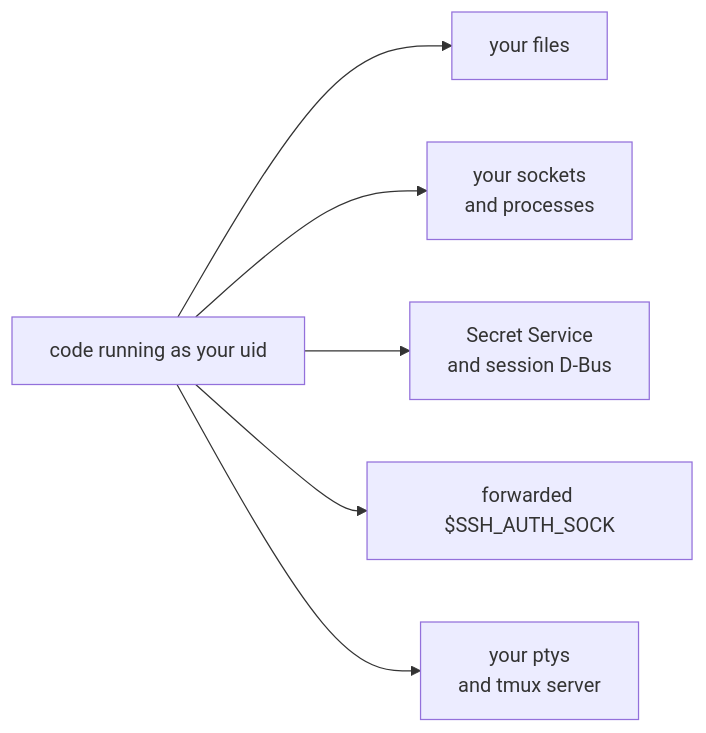
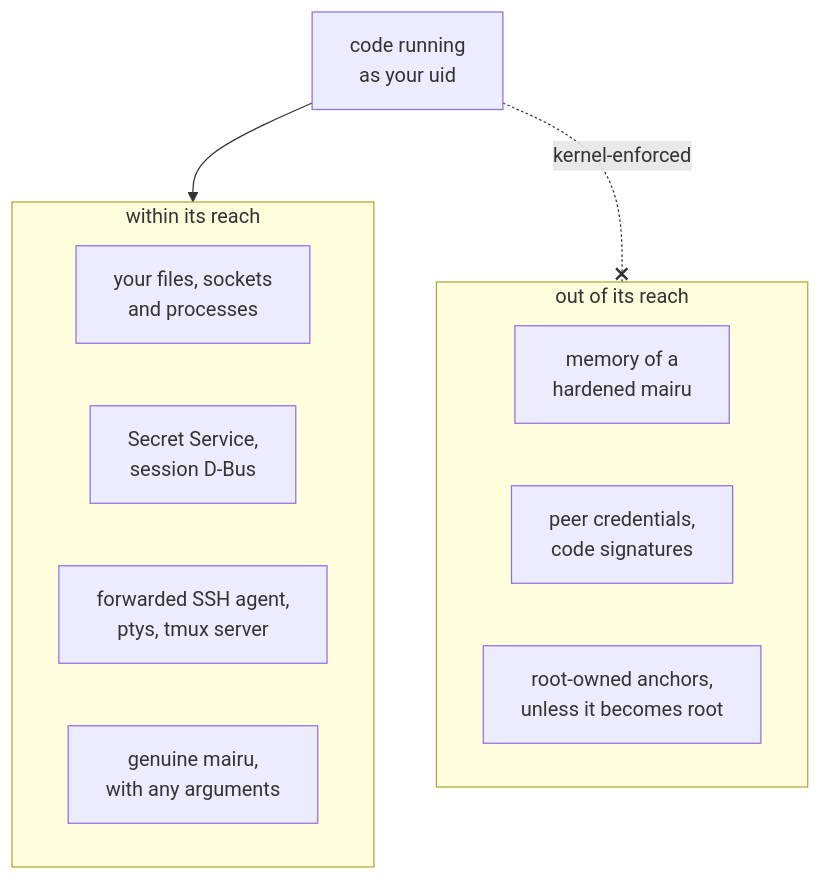
One commit to sorah/mairu changed the third of 5 diagrams in docs/specs/001-security-model.md. Above: the diagram before and after it, drawn with Mermaid. The commit also changed other lines of this file and 17 other files, not shown here.

First line of the commit message:
docs/specs: rework diagrams and helper locations

````diff
--- a/docs/specs/001-security-model.md
+++ b/docs/specs/001-security-model.md
@@ -94,8 +91,17 @@
 ```mermaid
-flowchart LR
-  U["code running as your uid"] --> F["your files"]
-  U --> S["your sockets<br/>and processes"]
-  U --> B["Secret Service<br/>and session D-Bus"]
-  U --> K["forwarded $SSH_AUTH_SOCK"]
-  U --> T["your ptys<br/>and tmux server"]
+flowchart TB
+  X["code running<br/>as your uid"]
+  subgraph R["within its reach"]
+    R1["your files, sockets<br/>and processes"]
+    R2["Secret Service,<br/>session D-Bus"]
+    R3["forwarded SSH agent,<br/>ptys, tmux server"]
+    R4["genuine mairu,<br/>with any arguments"]
+  end
+  subgraph P["out of its reach"]
+    P1["memory of a<br/>hardened mairu"]
+    P2["peer credentials,<br/>code signatures"]
+    P3["root-owned anchors,<br/>unless it becomes root"]
+  end
+  X --> R
+  X -. "kernel-enforced" .-x P
 ```
````
